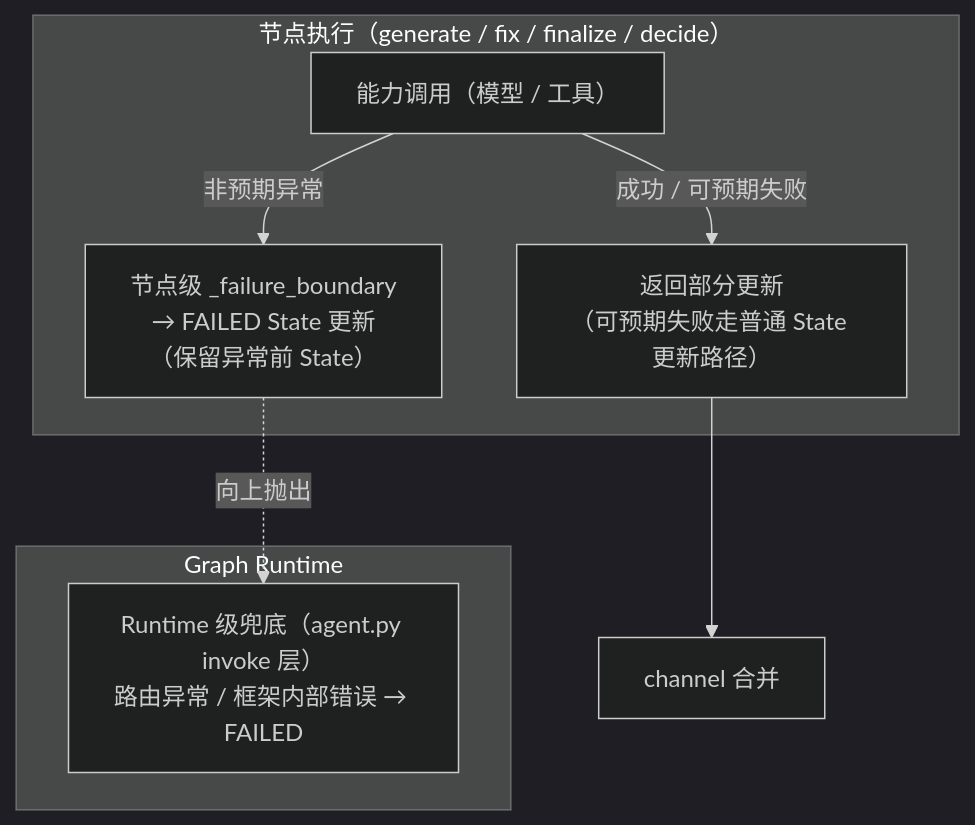
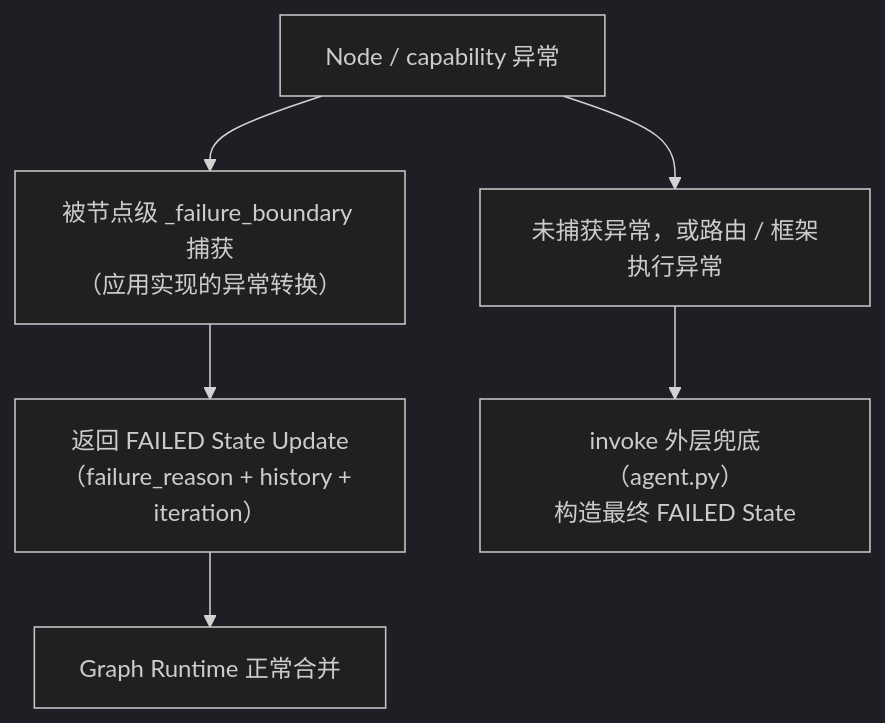
Before and after one commit to AnRun-M/enterprise-ai-agent-handbook: the fourth of 5 diagrams in docs/03-langgraph-core/ch10-execution-nodes.md, drawn with Mermaid (dark theme). The commit also changed other lines of this file and 3 other files, not shown here.

Commit message:
docs: refine node execution and runtime boundaries

````diff
--- a/docs/03-langgraph-core/ch10-execution-nodes.md
+++ b/docs/03-langgraph-core/ch10-execution-nodes.md
@@ -181,13 +191,8 @@
 ```mermaid
 flowchart TD
-    subgraph NODE["节点执行（generate / fix / finalize / decide）"]
-        E["能力调用（模型 / 工具）"]
-        E -- "非预期异常" --> FB["节点级 _failure_boundary\n→ FAILED State 更新\n（保留异常前 State）"]
-        E -- "成功 / 可预期失败" --> U["返回部分更新\n（可预期失败走普通 State 更新路径）"]
-    end
-    subgraph RT["Graph Runtime"]
-        FB2["Runtime 级兜底（agent.py invoke 层）\n路由异常 / 框架内部错误 → FAILED"]
-        FB -. "向上抛出" .-> FB2
-    end
-    U --> M["channel 合并"]
+    E["Node / capability 异常"] --> CAP["被节点级 _failure_boundary 捕获\n（应用实现的异常转换）"]
+    CAP --> FAILED["返回 FAILED State Update\n（failure_reason + history + iteration）"]
+    FAILED --> MERGE["Graph Runtime 正常合并"]
+    E --> ESC["未捕获异常，或路由 / 框架执行异常"]
+    ESC --> OUTER["invoke 外层兜底（agent.py）\n构造最终 FAILED State"]
 ```
````
